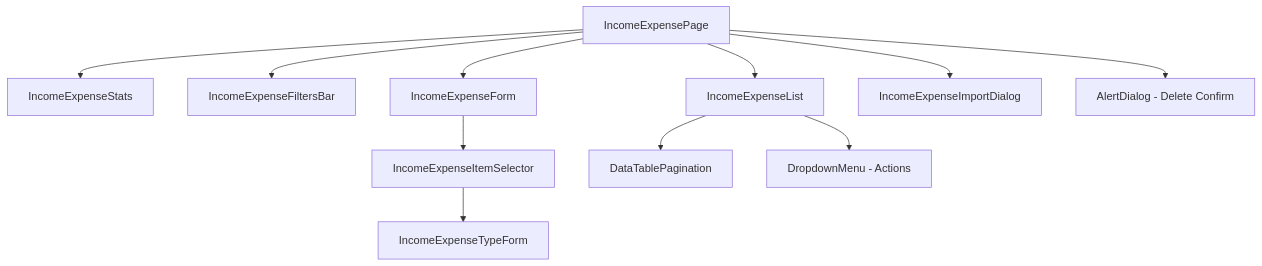
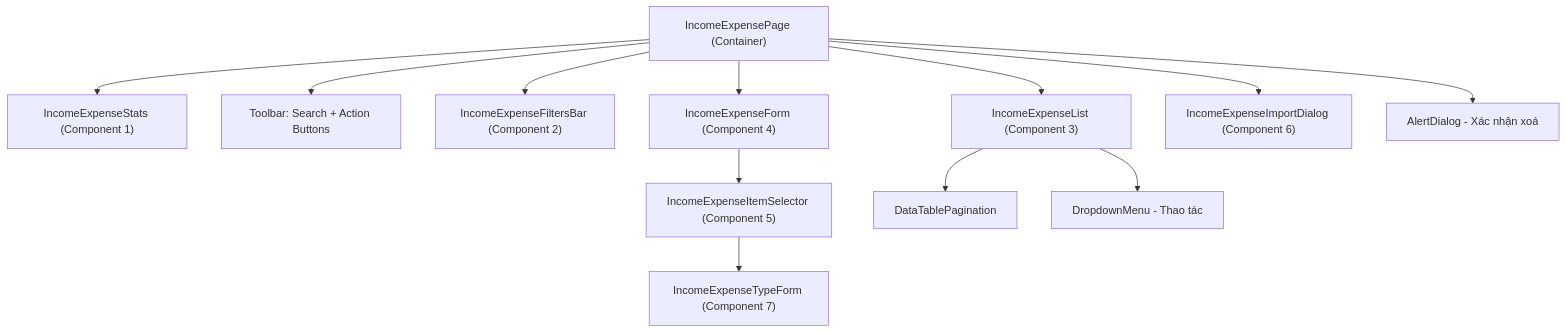
One commit to zxGreenxz/whiteboard-ihomecrm changed the third of 4 diagrams in .kiro/specs/thu-chi-reimplementation/design.md. Above: the diagram before and after it, drawn with Mermaid. The commit also changed other lines of this file and 8 other files, not shown here.

````diff
--- a/.kiro/specs/thu-chi-reimplementation/design.md
+++ b/.kiro/specs/thu-chi-reimplementation/design.md
@@ -128,15 +132,16 @@
 ```mermaid
 graph TD
-    A[IncomeExpensePage] --> B[IncomeExpenseStats]
-    A --> C[IncomeExpenseFiltersBar]
-    A --> D[IncomeExpenseList]
-    A --> E[IncomeExpenseForm]
-    A --> F[IncomeExpenseImportDialog]
-    A --> G[AlertDialog - Delete Confirm]
+    A["IncomeExpensePage (Container)"] --> B["IncomeExpenseStats (Component 1)"]
+    A --> C["Toolbar: Search + Action Buttons"]
+    A --> D["IncomeExpenseFiltersBar (Component 2)"]
+    A --> E["IncomeExpenseList (Component 3)"]
+    A --> F["IncomeExpenseForm (Component 4)"]
+    A --> G["IncomeExpenseImportDialog (Component 6)"]
+    A --> H["AlertDialog - Xác nhận xoá"]
 
-    E --> H[IncomeExpenseItemSelector]
-    H --> I[IncomeExpenseTypeForm]
+    F --> I["IncomeExpenseItemSelector (Component 5)"]
+    I --> J["IncomeExpenseTypeForm (Component 7)"]
 
-    D --> J[DataTablePagination]
-    D --> K[DropdownMenu - Actions]
+    E --> K["DataTablePagination"]
+    E --> L["DropdownMenu - Thao tác"]
 ```
````
